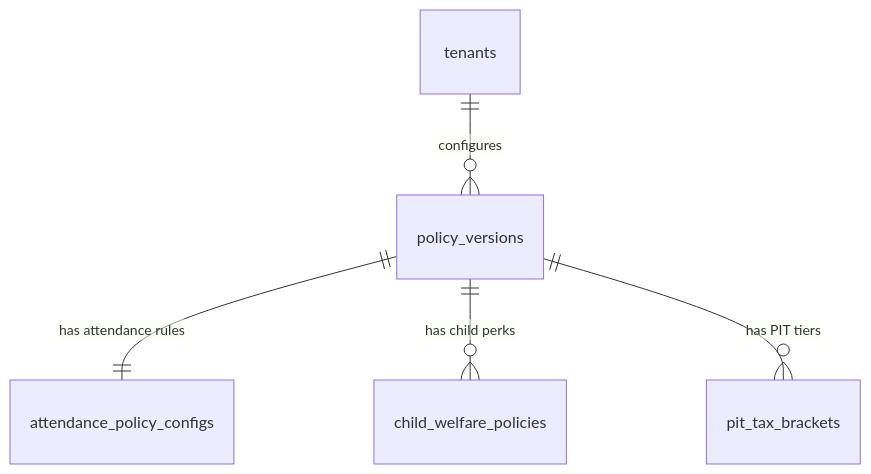
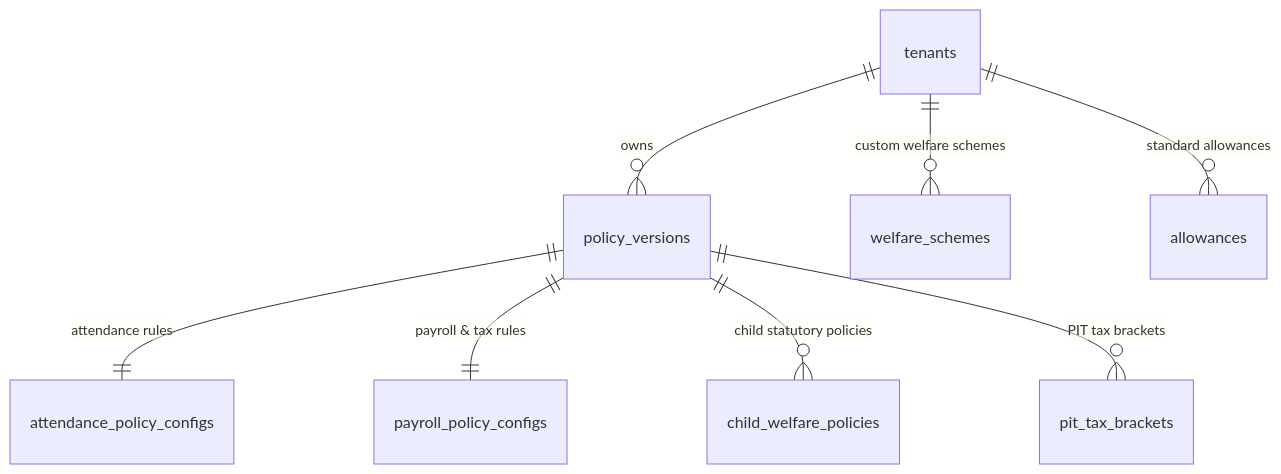
The diagram in docs/modules/02_policy_engine.md (hungpd9/smartHr), drawn with Mermaid before and after one commit. The commit also changed other lines of this file and 107 other files, not shown here.

````diff
--- a/docs/modules/02_policy_engine.md
+++ b/docs/modules/02_policy_engine.md
@@ -31,7 +50,10 @@
 ```mermaid
 erDiagram
-    tenants ||--o{ policy_versions : "configures"
-    policy_versions ||--|| attendance_policy_configs : "has attendance rules"
-    policy_versions ||--o{ child_welfare_policies : "has child perks"
-    policy_versions ||--o{ pit_tax_brackets : "has PIT tiers"
+    tenants ||--o{ policy_versions : "owns"
+    policy_versions ||--|| attendance_policy_configs : "attendance rules"
+    policy_versions ||--|| payroll_policy_configs : "payroll & tax rules"
+    policy_versions ||--o{ child_welfare_policies : "child statutory policies"
+    policy_versions ||--o{ pit_tax_brackets : "PIT tax brackets"
+    tenants ||--o{ welfare_schemes : "custom welfare schemes"
+    tenants ||--o{ allowances : "standard allowances"
 ```
````
